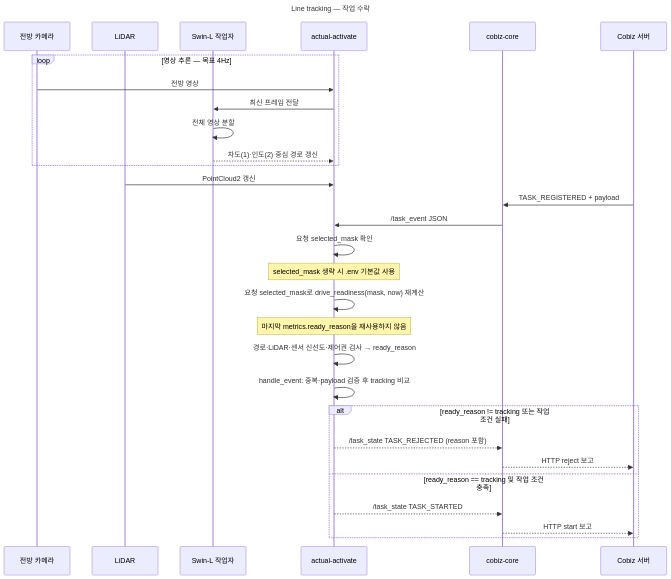
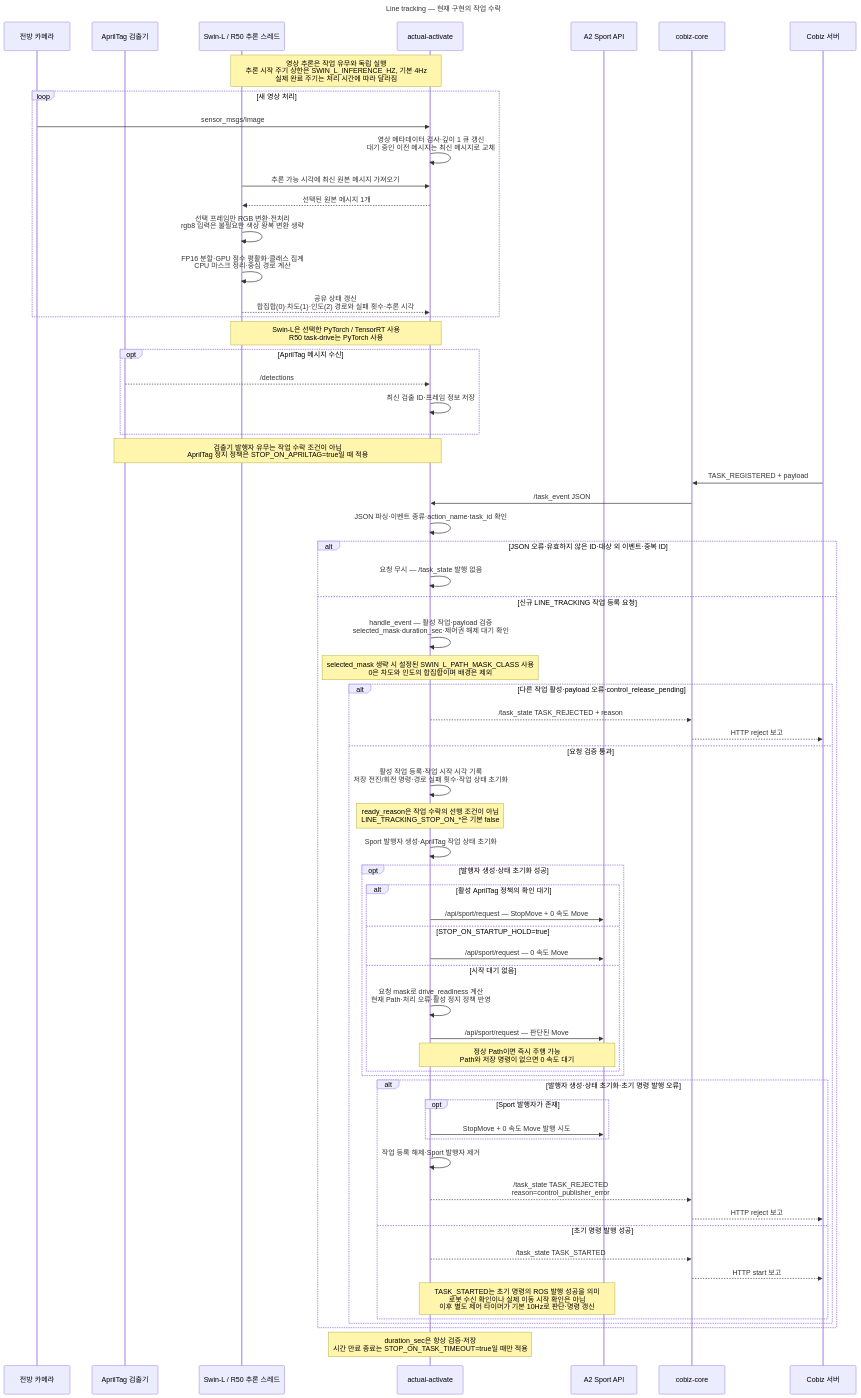
One commit to teamgrit-lab/cobiz-plugin-line-tracking changed the diagram in docs/diagrams/line-tracking-task-acceptance.mmd. Above: the diagram before and after it, drawn with Mermaid. The commit also changed 3 other files, not shown here.

Commit message:
feat: fix the unitree api control yaw mapping.

```diff
--- a/docs/diagrams/line-tracking-task-acceptance.mmd
+++ b/docs/diagrams/line-tracking-task-acceptance.mmd
@@ -1,31 +1,69 @@
 sequenceDiagram
-    title Line tracking — 작업 수락
+    title Line tracking — 현재 구현의 작업 수락
     participant Cam as 전방 카메라
-    participant Li as LiDAR
-    participant V as Swin-L 작업자
+    participant Tag as AprilTag 검출기
+    participant V as Swin-L / R50 추론 스레드
     participant N as actual-activate
+    participant R as A2 Sport API
     participant C as cobiz-core
     participant S as Cobiz 서버
 
-    loop 영상 추론 — 목표 4Hz
-        Cam->>N: 전방 영상
-        N->>V: 최신 프레임 전달
-        V->>V: 전체 영상 분할
-        V-->>N: 차도(1)·인도(2) 중심 경로 갱신
+    Note over V,N: 영상 추론은 작업 유무와 독립 실행<br/>추론 시작 주기 상한은 SWIN_L_INFERENCE_HZ, 기본 4Hz<br/>실제 완료 주기는 처리 시간에 따라 달라짐
+    loop 새 영상 처리
+        Cam->>N: sensor_msgs/Image
+        N->>N: 영상 메타데이터 검사·깊이 1 큐 갱신<br/>대기 중인 이전 메시지는 최신 메시지로 교체
+        V->>N: 추론 가능 시각에 최신 원본 메시지 가져오기
+        N-->>V: 선택된 원본 메시지 1개
+        V->>V: 선택 프레임만 RGB 변환·전처리<br/>rgb8 입력은 불필요한 색상 왕복 변환 생략
+        V->>V: FP16 분할·GPU 점수 평활화·클래스 집계<br/>CPU 마스크 정리·중심 경로 계산
+        V-->>N: 공유 상태 갱신<br/>합집합(0)·차도(1)·인도(2) 경로와 실패 횟수·추론 시각
     end
-    Li->>N: PointCloud2 갱신
+    Note over V,N: Swin-L은 선택한 PyTorch / TensorRT 사용<br/>R50 task-drive는 PyTorch 사용
+
+    opt AprilTag 메시지 수신
+        Tag-->>N: /detections
+        N->>N: 최신 검출 ID·프레임 정보 저장
+    end
+    Note over Tag,N: 검출기 발행자 유무는 작업 수락 조건이 아님<br/>AprilTag 정지 정책은 STOP_ON_APRILTAG=true일 때 적용
+
     S->>C: TASK_REGISTERED + payload
     C->>N: /task_event JSON
-    N->>N: 요청 selected_mask 확인
-    Note over N: selected_mask 생략 시 .env 기본값 사용
-    N->>N: 요청 selected_mask로 drive_readiness(mask, now) 재계산
-    Note over N: 마지막 metrics.ready_reason을 재사용하지 않음
-    N->>N: 경로·LiDAR·센서 신선도·제어권 검사 → ready_reason
-    N->>N: handle_event: 중복·payload 검증 후 tracking 비교
-    alt ready_reason != tracking 또는 작업 조건 실패
-        N-->>C: /task_state TASK_REJECTED (reason 포함)
-        C-->>S: HTTP reject 보고
-    else ready_reason == tracking 및 작업 조건 충족
-        N-->>C: /task_state TASK_STARTED
-        C-->>S: HTTP start 보고
+    N->>N: JSON 파싱·이벤트 종류·action_name·task_id 확인
+    alt JSON 오류·유효하지 않은 ID·대상 외 이벤트·중복 ID
+        N->>N: 요청 무시 — /task_state 발행 없음
+    else 신규 LINE_TRACKING 작업 등록 요청
+        N->>N: handle_event — 활성 작업·payload 검증<br/>selected_mask·duration_sec·제어권 해제 대기 확인
+        Note over N: selected_mask 생략 시 설정된 SWIN_L_PATH_MASK_CLASS 사용<br/>0은 차도와 인도의 합집합이며 배경은 제외
+        alt 다른 작업 활성·payload 오류·control_release_pending
+            N-->>C: /task_state TASK_REJECTED + reason
+            C-->>S: HTTP reject 보고
+        else 요청 검증 통과
+            N->>N: 활성 작업 등록·작업 시작 시각 기록<br/>저장 전진/회전 명령·경로 실패 횟수·작업 상태 초기화
+            Note over N: ready_reason은 작업 수락의 선행 조건이 아님<br/>LINE_TRACKING_STOP_ON_*은 기본 false
+            N->>N: Sport 발행자 생성·AprilTag 작업 상태 초기화
+            opt 발행자 생성·상태 초기화 성공
+                alt 활성 AprilTag 정책의 확인 대기
+                    N->>R: /api/sport/request — StopMove + 0 속도 Move
+                else STOP_ON_STARTUP_HOLD=true
+                    N->>R: /api/sport/request — 0 속도 Move
+                else 시작 대기 없음
+                    N->>N: 요청 mask로 drive_readiness 계산<br/>현재 Path·처리 오류·활성 정지 정책 반영
+                    N->>R: /api/sport/request — 판단된 Move
+                    Note over N,R: 정상 Path이면 즉시 주행 가능<br/>Path와 저장 명령이 없으면 0 속도 대기
+                end
+            end
+            alt 발행자 생성·상태 초기화·초기 명령 발행 오류
+                opt Sport 발행자가 존재
+                    N->>R: StopMove + 0 속도 Move 발행 시도
+                end
+                N->>N: 작업 등록 해제·Sport 발행자 제거
+                N-->>C: /task_state TASK_REJECTED<br/>reason=control_publisher_error
+                C-->>S: HTTP reject 보고
+            else 초기 명령 발행 성공
+                N-->>C: /task_state TASK_STARTED
+                C-->>S: HTTP start 보고
+                Note over N,R: TASK_STARTED는 초기 명령의 ROS 발행 성공을 의미<br/>로봇 수신 확인이나 실제 이동 시작 확인은 아님<br/>이후 별도 제어 타이머가 기본 10Hz로 판단·명령 갱신
+            end
+        end
     end
+    Note over N: duration_sec은 항상 검증·저장<br/>시간 만료 종료는 STOP_ON_TASK_TIMEOUT=true일 때만 적용
```
